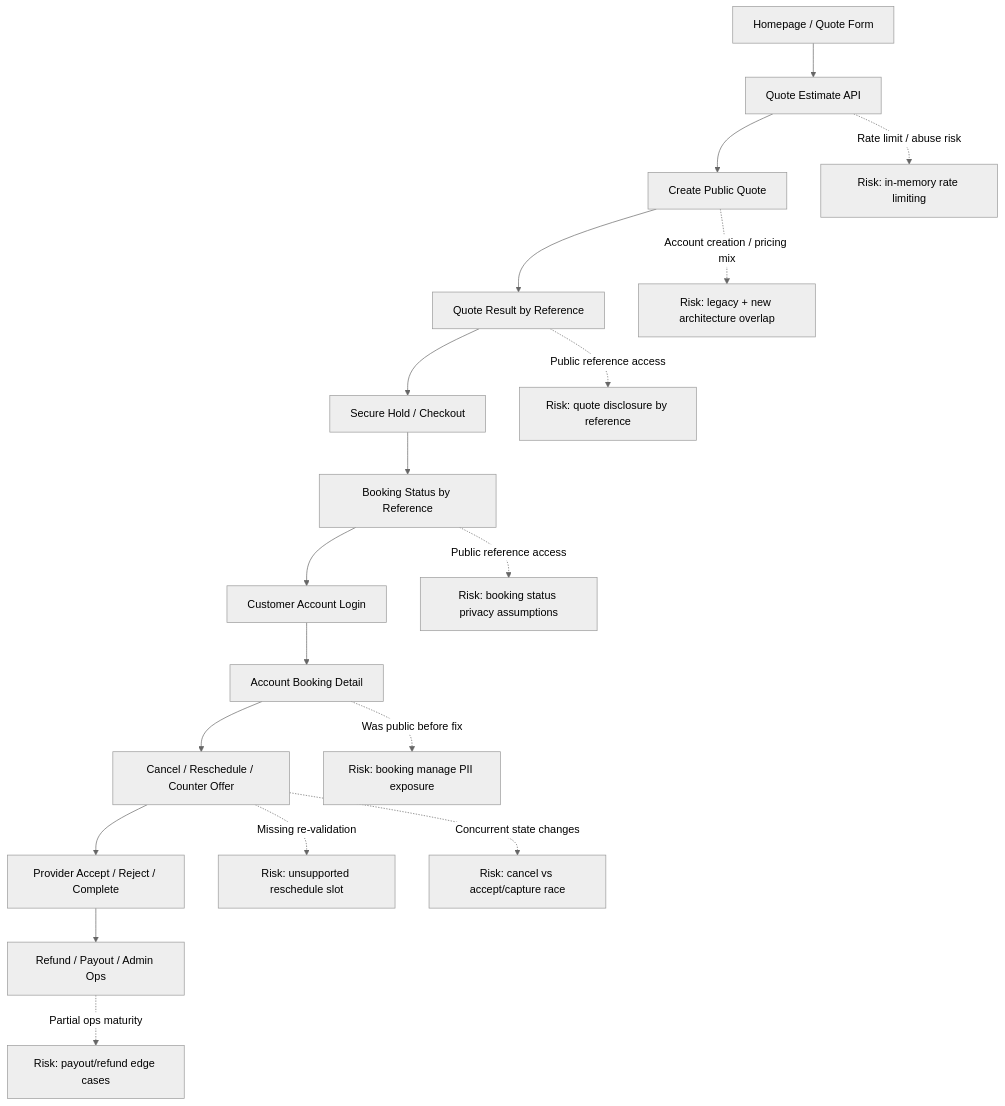
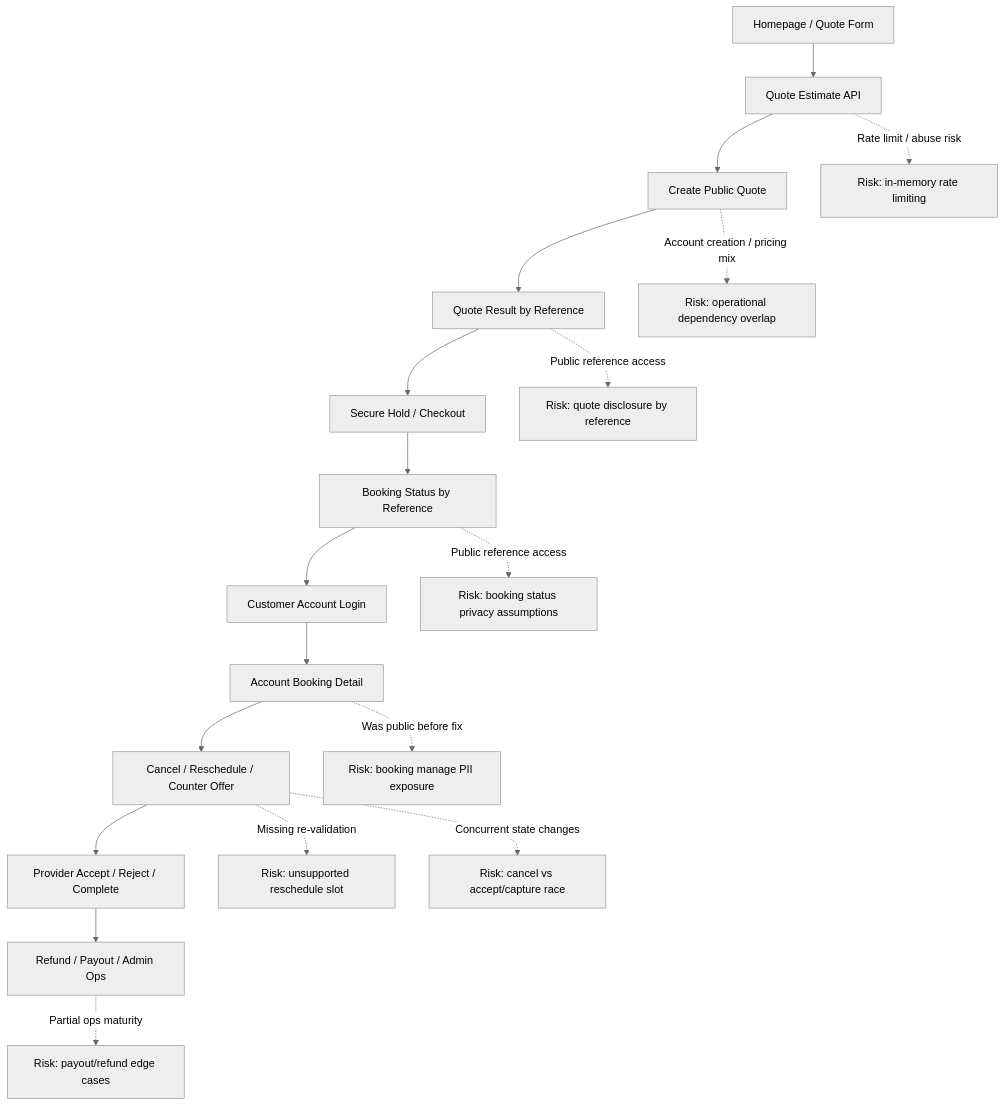
One commit to martinmsh1025-sketch/AreaSorted changed the diagram in CUSTOMER_FLOW_RISK_MAP_2026-04-07.md. Above: the diagram before and after it, drawn with Mermaid (neutral theme). The commit also changed 66 other files, not shown here.

````diff
--- a/CUSTOMER_FLOW_RISK_MAP_2026-04-07.md
+++ b/CUSTOMER_FLOW_RISK_MAP_2026-04-07.md
@@ -3,22 +3,22 @@
 ```mermaid
 flowchart TD
     A[Homepage / Quote Form] --> B[Quote Estimate API]
     B --> C[Create Public Quote]
     C --> D[Quote Result by Reference]
     D --> E[Secure Hold / Checkout]
     E --> F[Booking Status by Reference]
     F --> G[Customer Account Login]
     G --> H[Account Booking Detail]
     H --> I[Cancel / Reschedule / Counter Offer]
     I --> J[Provider Accept / Reject / Complete]
     J --> K[Refund / Payout / Admin Ops]
 
     B -. Rate limit / abuse risk .-> R1[Risk: in-memory rate limiting]
-    C -. Account creation / pricing mix .-> R2[Risk: legacy + new architecture overlap]
+    C -. Account creation / pricing mix .-> R2[Risk: operational dependency overlap]
     D -. Public reference access .-> R3[Risk: quote disclosure by reference]
     F -. Public reference access .-> R4[Risk: booking status privacy assumptions]
     H -. Was public before fix .-> R5[Risk: booking manage PII exposure]
     I -. Missing re-validation .-> R6[Risk: unsupported reschedule slot]
     I -. Concurrent state changes .-> R7[Risk: cancel vs accept/capture race]
     K -. Partial ops maturity .-> R8[Risk: payout/refund edge cases]
 ```
````
